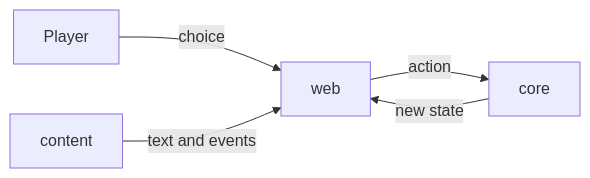
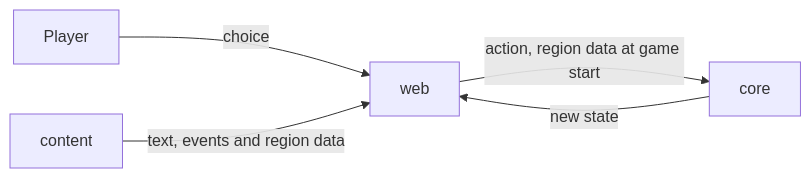
Before and after one commit to dcheng1248/agent-harness-test: the second of 2 diagrams in docs/architecture.md, drawn with Mermaid. The commit also changed other lines of this file and 5 other files, not shown here.

````diff
--- a/docs/architecture.md
+++ b/docs/architecture.md
@@ -12,7 +12,7 @@
 ```mermaid
 flowchart LR
   Player -->|choice| web
-  web -->|action| core
-  content -->|text and events| web
+  web -->|action, region data at game start| core
+  content -->|text, events and region data| web
   core -->|new state| web
 ```
````
